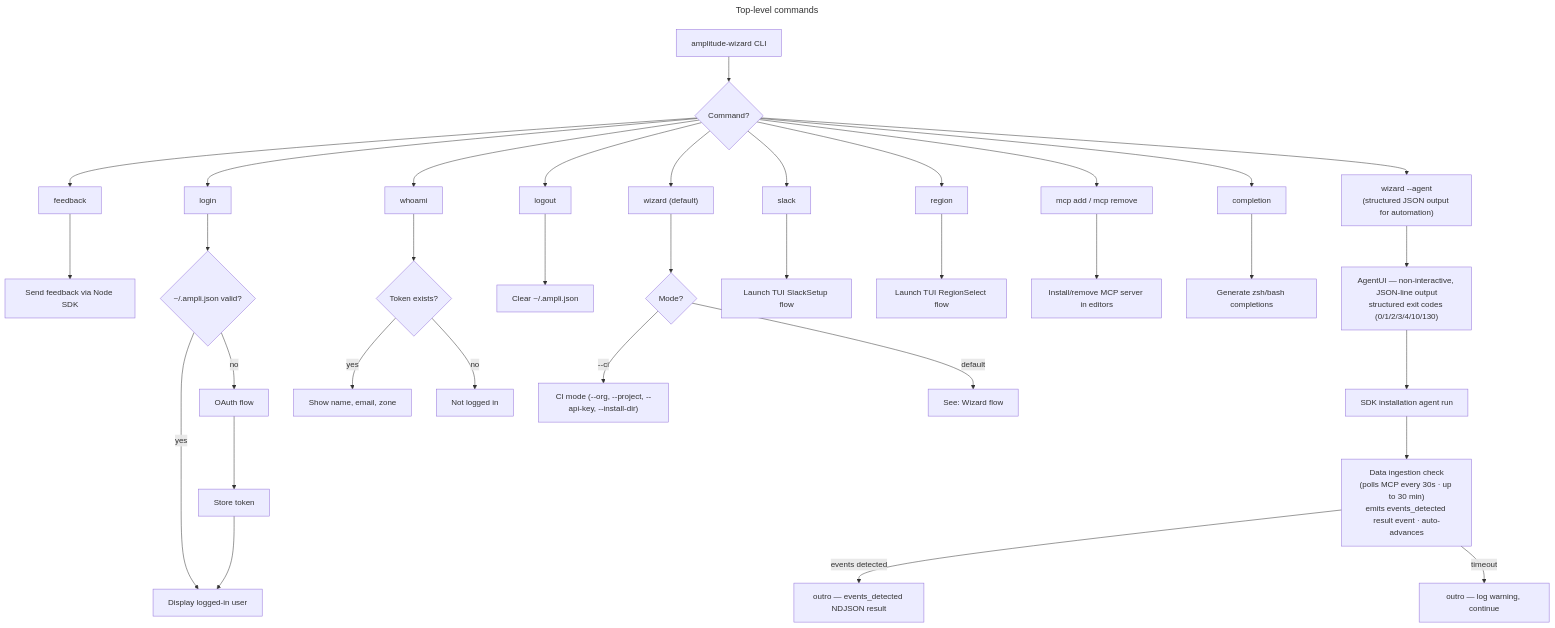
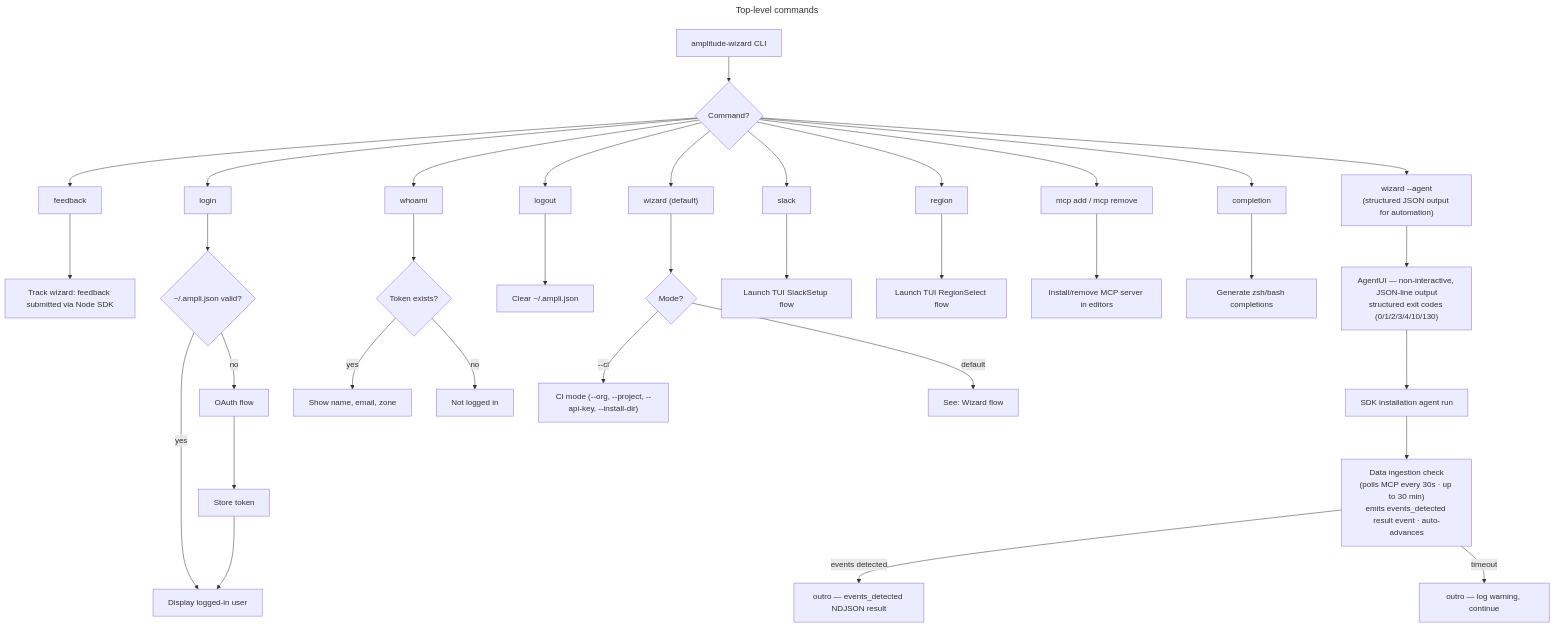
Before and after one commit to amplitude/wizard: the first of 7 diagrams in docs/flows.md, drawn with Mermaid. The commit also changed other lines of this file and 169 other files, not shown here.

````diff
--- a/docs/flows.md
+++ b/docs/flows.md
@@ -28,45 +28,45 @@
 ```mermaid
 ---
 title: Top-level commands
 ---
 flowchart TD
     CLI["amplitude-wizard CLI"] --> CMD{Command?}
 
     CMD --> LOGIN["login"]
     CMD --> LOGOUT["logout"]
     CMD --> WHOAMI["whoami"]
     CMD --> FEEDBACK["feedback"]
     CMD --> SLACK_CMD["slack"]
     CMD --> REGION_CMD["region"]
     CMD --> MCP_CMD["mcp add / mcp remove"]
     CMD --> COMPLETION["completion"]
     CMD --> WIZARD["wizard (default)"]
     CMD --> AGENT["wizard --agent<br/>(structured JSON output for automation)"]
 
-    FEEDBACK --> FEEDBACK_SEND["Send feedback via Node SDK"]
+    FEEDBACK --> FEEDBACK_SEND["Track wizard: feedback submitted via Node SDK"]
 
     AGENT --> AGENT_UI["AgentUI — non-interactive, JSON-line output<br/>structured exit codes (0/1/2/3/4/10/130)"]
     AGENT_UI --> AGENT_RUN["SDK installation agent run"]
     AGENT_RUN --> AGENT_POLL["Data ingestion check<br/>(polls MCP every 30s · up to 30 min)<br/>emits events_detected result event · auto-advances"]
     AGENT_POLL -->|events detected| AGENT_DONE["outro — events_detected NDJSON result"]
     AGENT_POLL -->|timeout| AGENT_TIMEOUT["outro — log warning, continue"]
 
     LOGIN --> LOGIN_CHECK{~/.ampli.json valid?}
     LOGIN_CHECK -->|yes| LOGIN_DONE["Display logged-in user"]
     LOGIN_CHECK -->|no| OAUTH["OAuth flow"] --> STORE["Store token"] --> LOGIN_DONE
 
     LOGOUT --> CLEAR["Clear ~/.ampli.json"]
 
     WHOAMI --> CHECK_TOKEN{Token exists?}
     CHECK_TOKEN -->|yes| SHOW_USER["Show name, email, zone"]
     CHECK_TOKEN -->|no| NOT_LOGGED_IN["Not logged in"]
 
     SLACK_CMD --> SLACK_TUI["Launch TUI SlackSetup flow"]
     REGION_CMD --> REGION_TUI["Launch TUI RegionSelect flow"]
     MCP_CMD --> MCP_INSTALL["Install/remove MCP server in editors"]
     COMPLETION --> SHELL_COMP["Generate zsh/bash completions"]
 
     WIZARD --> MODE{Mode?}
     MODE -->|--ci| CI["CI mode (--org, --project, --api-key, --install-dir)"]
     MODE -->|default| W["See: Wizard flow"]
 ```
````
